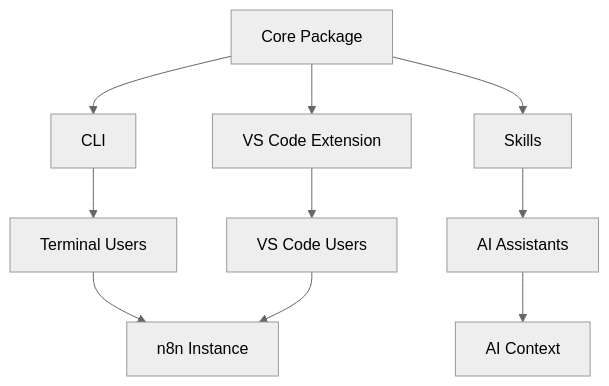
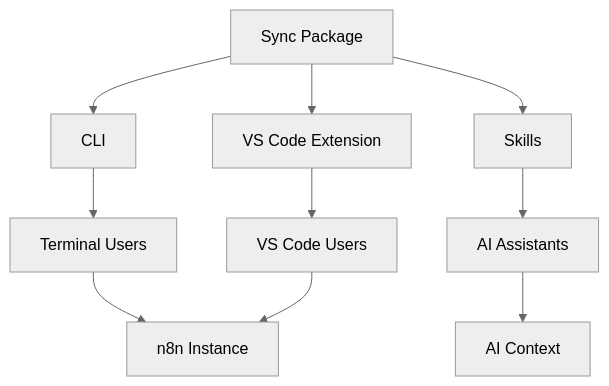
The diagram in docs/docs/home/index.md (EtienneLescot/n8n-as-code), drawn with Mermaid (neutral theme) before and after one commit. The commit also changed other lines of this file and 70 other files, not shown here.

First line of the commit message:
Refactor package names from core to sync and agent-cli to skills

````diff
--- a/docs/docs/home/index.md
+++ b/docs/docs/home/index.md
@@ -90,14 +90,14 @@
 ```mermaid
 graph TD
-    A[Core Package] --> B[CLI]
+    A[Sync Package] --> B[CLI]
     A --> C[VS Code Extension]
     A --> D[Skills]
     
     B --> E[Terminal Users]
     C --> F[VS Code Users]
     D --> G[AI Assistants]
     
     E --> H[n8n Instance]
     F --> H
     G --> I[AI Context]
 ```
````
